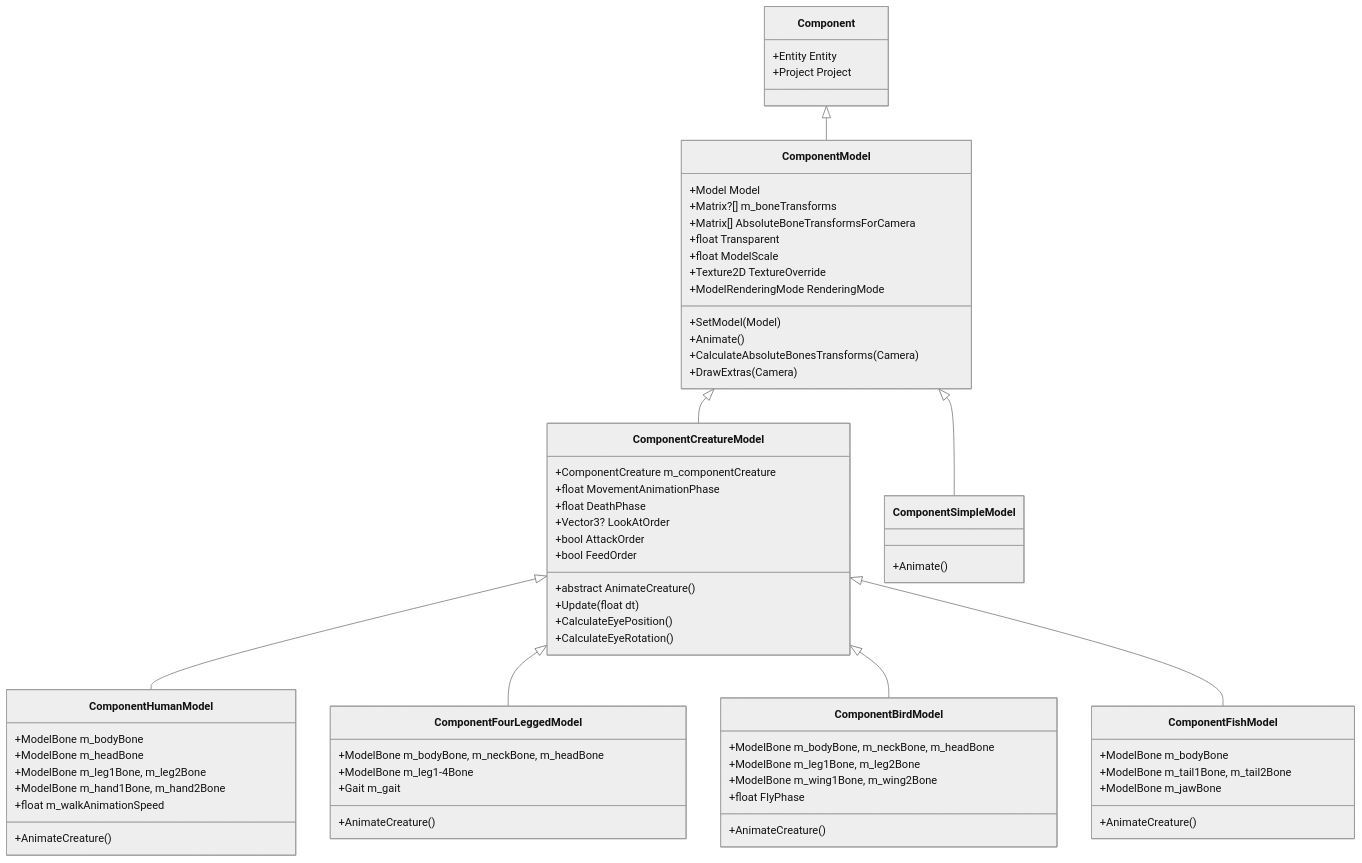
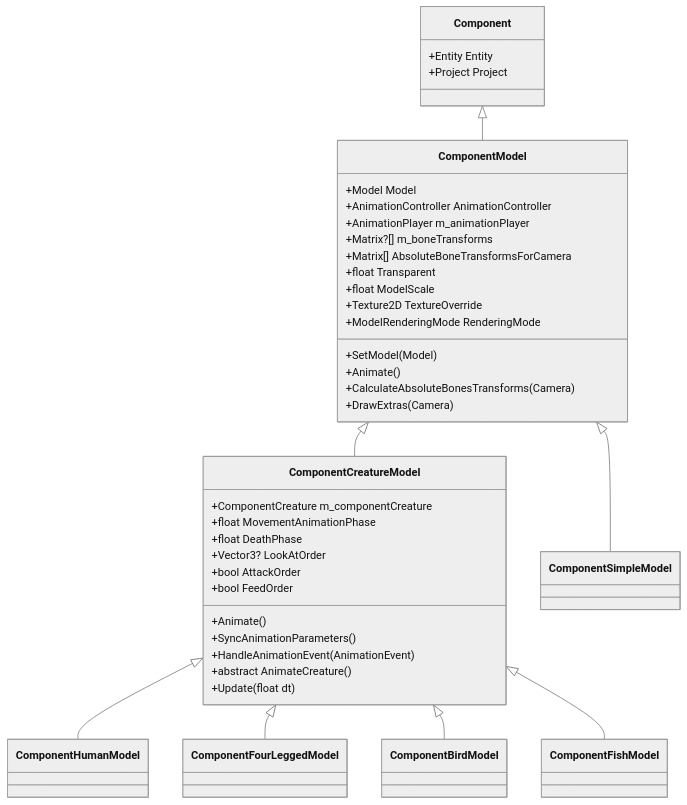
Before and after one commit to YYLMZXC/SurvivalCraftAPI: the fourth of 8 diagrams in docs/CreatureModelSystem.md, drawn with Mermaid (neutral theme). The commit also changed other lines of this file and 3 other files, not shown here.

````diff
--- a/docs/CreatureModelSystem.md
+++ b/docs/CreatureModelSystem.md
@@ -263,77 +282,51 @@
 ```mermaid
 classDiagram
     class Component {
         +Entity Entity
         +Project Project
     }
-    
+
     class ComponentModel {
         +Model Model
+        +AnimationController AnimationController
+        +AnimationPlayer m_animationPlayer
         +Matrix?[] m_boneTransforms
         +Matrix[] AbsoluteBoneTransformsForCamera
         +float Transparent
         +float ModelScale
         +Texture2D TextureOverride
         +ModelRenderingMode RenderingMode
         +SetModel(Model)
         +Animate()
         +CalculateAbsoluteBonesTransforms(Camera)
         +DrawExtras(Camera)
     }
-    
+
     class ComponentCreatureModel {
         +ComponentCreature m_componentCreature
         +float MovementAnimationPhase
         +float DeathPhase
         +Vector3? LookAtOrder
         +bool AttackOrder
         +bool FeedOrder
+        +Animate()
+        +SyncAnimationParameters()
+        +HandleAnimationEvent(AnimationEvent)
         +abstract AnimateCreature()
         +Update(float dt)
-        +CalculateEyePosition()
-        +CalculateEyeRotation()
     }
-    
-    class ComponentHumanModel {
-        +ModelBone m_bodyBone
-        +ModelBone m_headBone
-        +ModelBone m_leg1Bone, m_leg2Bone
-        +ModelBone m_hand1Bone, m_hand2Bone
-        +float m_walkAnimationSpeed
-        +AnimateCreature()
-    }
-    
-    class ComponentFourLeggedModel {
-        +ModelBone m_bodyBone, m_neckBone, m_headBone
-        +ModelBone m_leg1-4Bone
-        +Gait m_gait
-        +AnimateCreature()
-    }
-    
-    class ComponentBirdModel {
-        +ModelBone m_bodyBone, m_neckBone, m_headBone
-        +ModelBone m_leg1Bone, m_leg2Bone
-        +ModelBone m_wing1Bone, m_wing2Bone
-        +float FlyPhase
-        +AnimateCreature()
-    }
-    
-    class ComponentFishModel {
-        +ModelBone m_bodyBone
-        +ModelBone m_tail1Bone, m_tail2Bone
-        +ModelBone m_jawBone
-        +AnimateCreature()
-    }
-    
-    class ComponentSimpleModel {
-        +Animate()
-    }
-    
+
+    class ComponentHumanModel
+    class ComponentFourLeggedModel
+    class ComponentBirdModel
+    class ComponentFishModel
+    class ComponentSimpleModel
+
     Component <|-- ComponentModel
     ComponentModel <|-- ComponentCreatureModel
     ComponentModel <|-- ComponentSimpleModel
     ComponentCreatureModel <|-- ComponentHumanModel
     ComponentCreatureModel <|-- ComponentFourLeggedModel
     ComponentCreatureModel <|-- ComponentBirdModel
     ComponentCreatureModel <|-- ComponentFishModel
 ```
````
